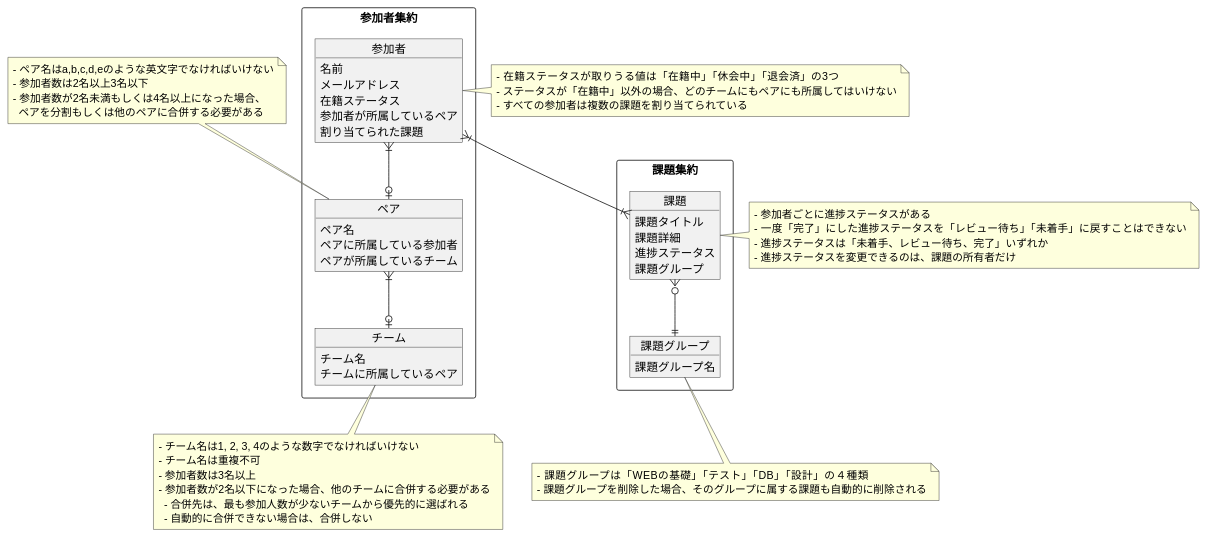
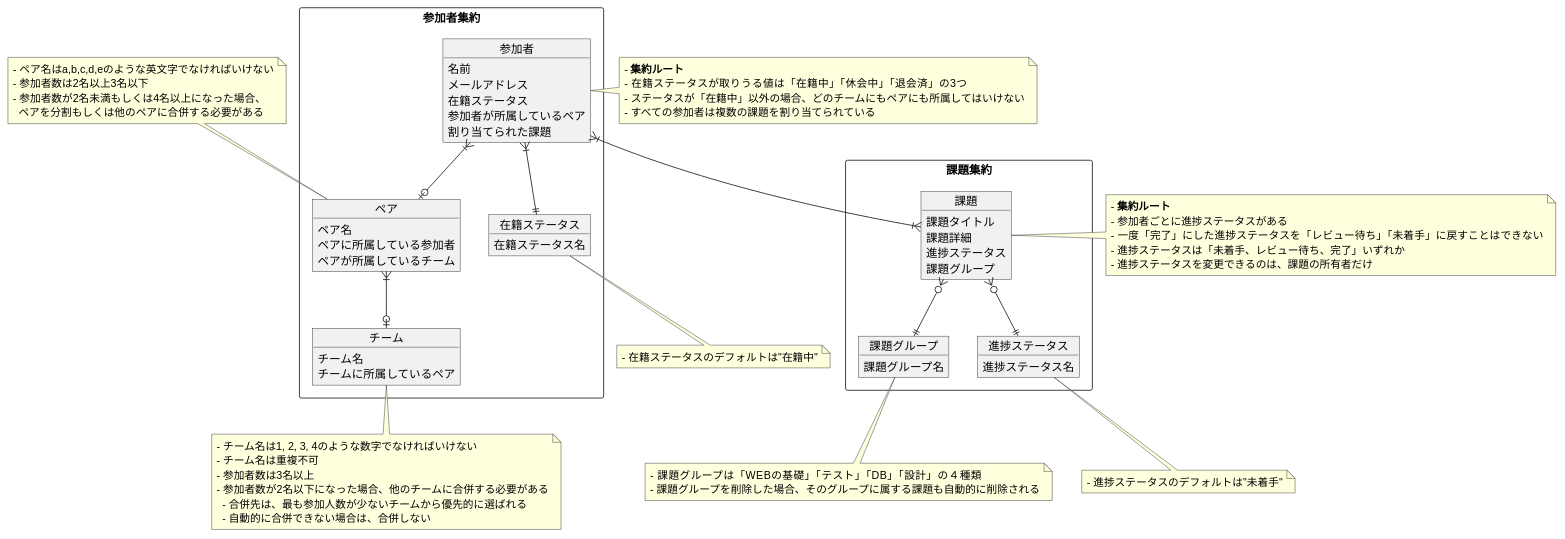
Before and after one commit to gn-t-k/PrAhaChallengeTasks: the diagram in 04_設計/04_プラハチャレンジをDDDで実装してみる/01_モデル図/ドメインモデル図.md, drawn with PlantUML.

Commit message:
ドメインモデル図追記

````diff
--- a/04_設計/04_プラハチャレンジをDDDで実装してみる/01_モデル図/ドメインモデル図.md
+++ b/04_設計/04_プラハチャレンジをDDDで実装してみる/01_モデル図/ドメインモデル図.md
@@ -20,6 +20,9 @@
     チーム名
     チームに所属しているペア
   }
+  Object 在籍ステータス {
+    在籍ステータス名
+  }
 }
 rectangle 課題集約 {
   Object 課題 {
@@ -31,14 +34,20 @@
   Object 課題グループ {
     課題グループ名
   }
+  Object 進捗ステータス {
+    進捗ステータス名
+  }
 }
 
 参加者 }|--|{ 課題
+参加者 }|--|| 在籍ステータス
 参加者 }|--o| ペア
 ペア }|--o| チーム
 課題 }o--|| 課題グループ
+課題 }o--|| 進捗ステータス
 
 note right of 参加者
+- **集約ルート**
 - 在籍ステータスが取りうる値は「在籍中」「休会中」「退会済」の3つ
 - ステータスが「在籍中」以外の場合、どのチームにもペアにも所属してはいけない
 - すべての参加者は複数の課題を割り当てられている
@@ -60,7 +69,12 @@
   - 自動的に合併できない場合は、合併しない
 end note
 
+note bottom of 在籍ステータス
+- 在籍ステータスのデフォルトは"在籍中"
+end note
+
 note right of 課題
+- **集約ルート**
 - 参加者ごとに進捗ステータスがある
 - 一度「完了」にした進捗ステータスを「レビュー待ち」「未着手」に戻すことはできない
 - 進捗ステータスは「未着手、レビュー待ち、完了」いずれか
@@ -72,5 +86,9 @@
 - 課題グループを削除した場合、そのグループに属する課題も自動的に削除される
 end note
 
+note bottom of 進捗ステータス
+- 進捗ステータスのデフォルトは"未着手"
+end note
+
 @enduml
 ```
````
